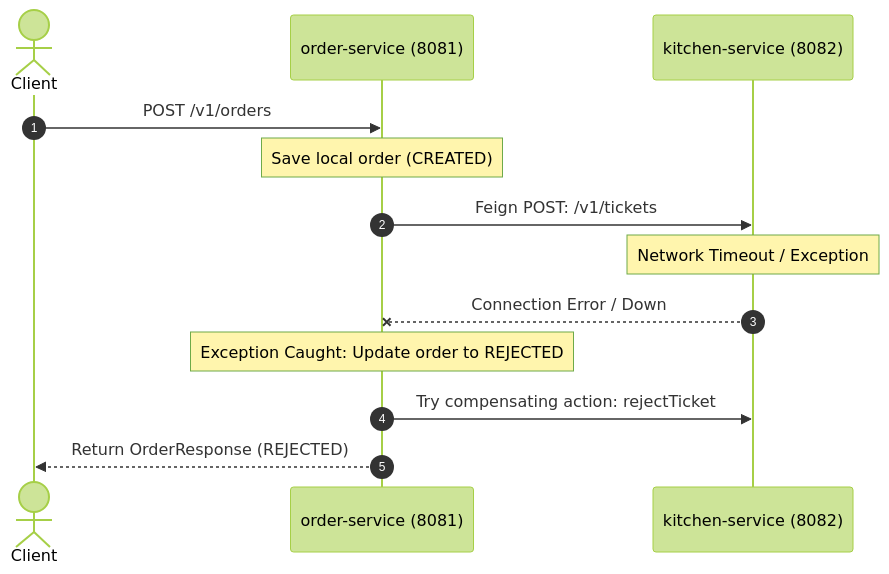
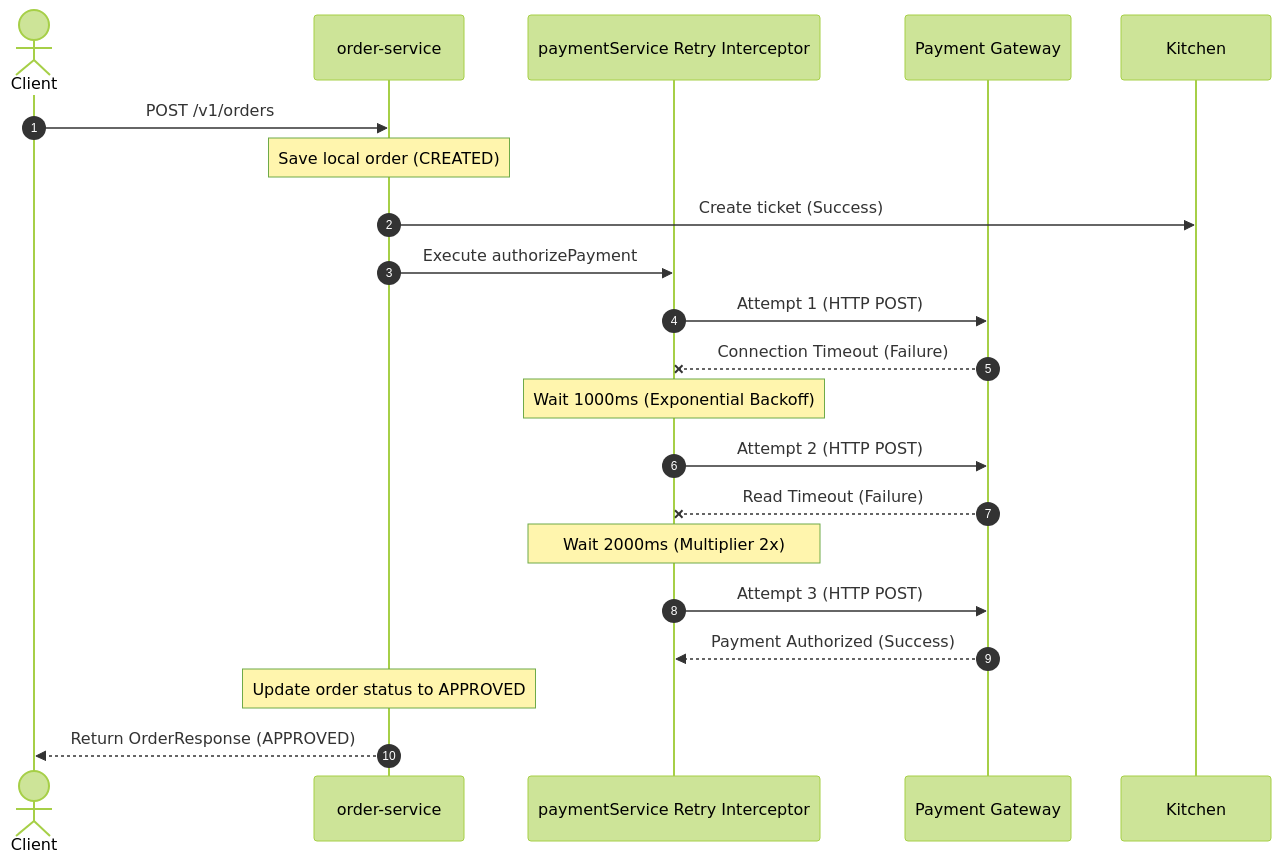
Before and after one commit to BaoTo12/ftgo-microservices: the sixth of 6 diagrams in FLOWS.md, drawn with Mermaid (forest theme). The commit also changed other lines of this file and 12 other files, not shown here.

Commit message:
ref: add circuit breaker for calling kitchen to create ticket in create order API

````diff
--- a/FLOWS.md
+++ b/FLOWS.md
@@ -234,18 +252,29 @@
 ```mermaid
 sequenceDiagram
     autonumber
     actor Client
-    participant Order as order-service (8081)
-    participant Kitchen as kitchen-service (8082)
+    participant Order as order-service
+    participant Retry as paymentService Retry Interceptor
+    participant Payment as Payment Gateway
 
     Client->>Order: POST /v1/orders
     Note over Order: Save local order (CREATED)
     
-    Order->>Kitchen: Feign POST: /v1/tickets
-    Note over Kitchen: Network Timeout / Exception
-    Kitchen--XOrder: Connection Error / Down
+    Order->>Kitchen: Create ticket (Success)
     
-    Note over Order: Exception Caught: Update order to REJECTED
-    Order->>Kitchen: Try compensating action: rejectTicket
-    Order-->>Client: Return OrderResponse (REJECTED)
+    Order->>Retry: Execute authorizePayment
+    
+    Retry->>Payment: Attempt 1 (HTTP POST)
+    Payment--XRetry: Connection Timeout (Failure)
+    Note over Retry: Wait 1000ms (Exponential Backoff)
+    
+    Retry->>Payment: Attempt 2 (HTTP POST)
+    Payment--XRetry: Read Timeout (Failure)
+    Note over Retry: Wait 2000ms (Multiplier 2x)
+    
+    Retry->>Payment: Attempt 3 (HTTP POST)
+    Payment-->>Retry: Payment Authorized (Success)
+    
+    Note over Order: Update order status to APPROVED
+    Order-->>Client: Return OrderResponse (APPROVED)
 ```
````
